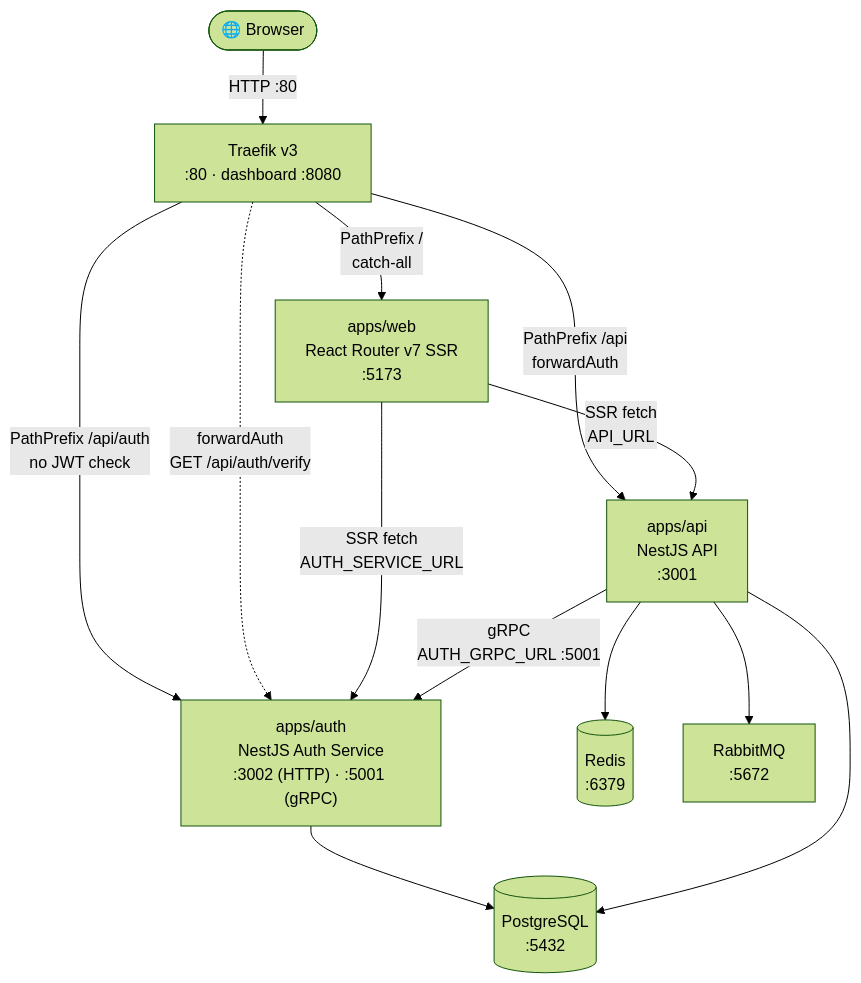
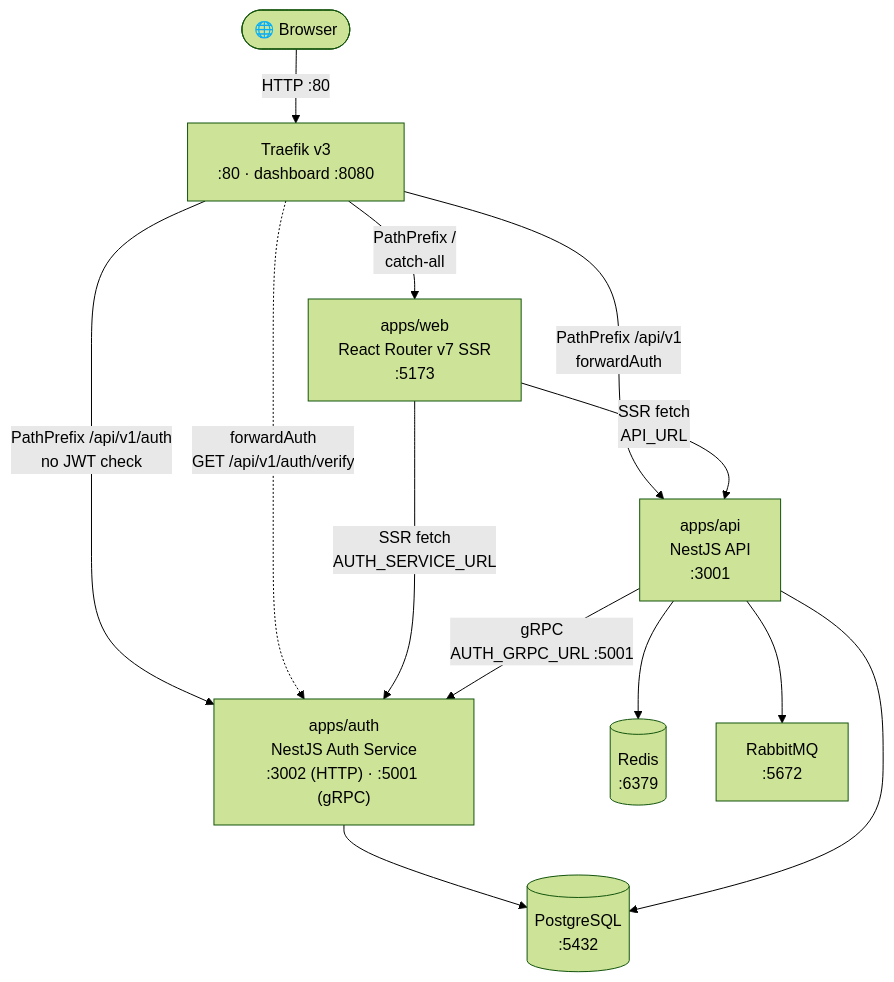
Before and after one commit to sonicname/monorepo: the first of 3 diagrams in README.md, drawn with Mermaid (forest theme). The commit also changed other lines of this file and 5 other files, not shown here.

````diff
--- a/README.md
+++ b/README.md
@@ -23,28 +25,28 @@
 ```mermaid
 graph TD
     Browser(["🌐 Browser"])
     SSR["apps/web\nReact Router v7 SSR\n:5173"]
     Traefik["Traefik v3\n:80 · dashboard :8080"]
     Auth["apps/auth\nNestJS Auth Service\n:3002 (HTTP) · :5001 (gRPC)"]
     API["apps/api\nNestJS API\n:3001"]
     PG[("PostgreSQL\n:5432")]
     Redis[("Redis\n:6379")]
     Rabbit["RabbitMQ\n:5672"]
 
     Browser -->|"HTTP :80"| Traefik
 
-    Traefik -->|"PathPrefix /api/auth\nno JWT check"| Auth
-    Traefik -->|"PathPrefix /api\nforwardAuth"| API
+    Traefik -->|"PathPrefix /api/v1/auth\nno JWT check"| Auth
+    Traefik -->|"PathPrefix /api/v1\nforwardAuth"| API
     Traefik -->|"PathPrefix /\ncatch-all"| SSR
-    Traefik -.->|"forwardAuth\nGET /api/auth/verify"| Auth
+    Traefik -.->|"forwardAuth\nGET /api/v1/auth/verify"| Auth
 
     SSR -->|"SSR fetch\nAUTH_SERVICE_URL"| Auth
     SSR -->|"SSR fetch\nAPI_URL"| API
 
     API -->|"gRPC\nAUTH_GRPC_URL :5001"| Auth
 
     Auth --> PG
     API --> PG
     API --> Redis
     API --> Rabbit
 ```
````
